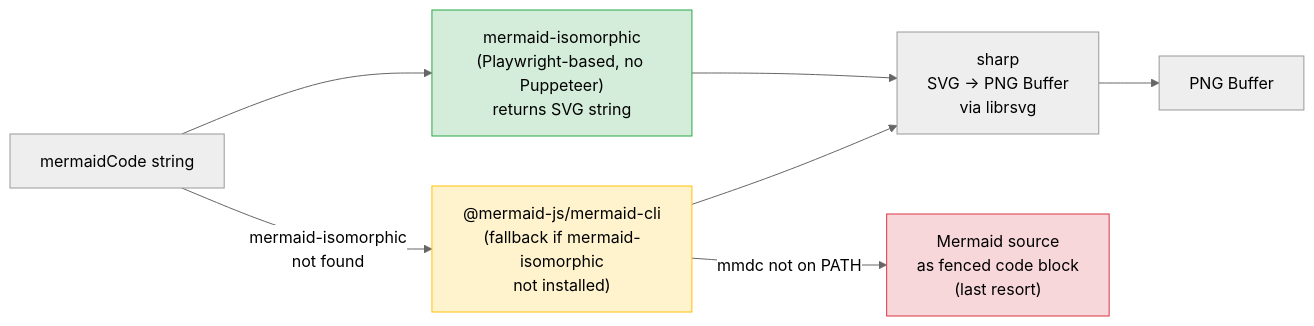
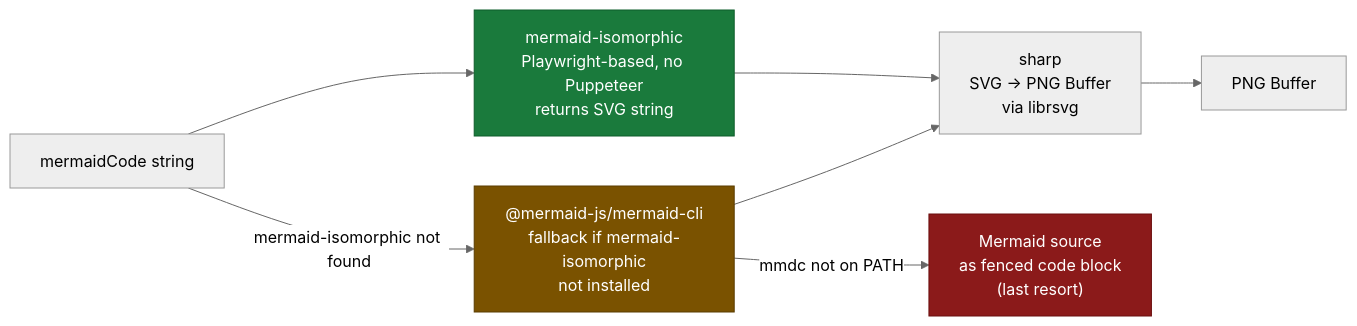
The eighth of 11 diagrams in docs/local/gsoc-proposal-visualization-v2.md (muddlebee/gemini-cli), drawn with Mermaid (neutral theme) before and after one commit. The commit also changed other lines of this file, not shown here.

Commit message:
refactor(docs): enhance Mermaid diagrams for clarity and consistency in GSoC proposal

````diff
--- a/docs/local/gsoc-proposal-visualization-v2.md
+++ b/docs/local/gsoc-proposal-visualization-v2.md
@@ -493,17 +484,17 @@
 ```mermaid
 flowchart LR
     A["mermaidCode string"]
-    B["mermaid-isomorphic\n(Playwright-based, no Puppeteer)\nreturns SVG string"]
-    C["sharp\nSVG → PNG Buffer\nvia librsvg"]
+    B["mermaid-isomorphic<br/>Playwright-based, no Puppeteer<br/>returns SVG string"]
+    C["sharp<br/>SVG → PNG Buffer<br/>via librsvg"]
     D["PNG Buffer"]
-    E["@mermaid-js/mermaid-cli\n(fallback if mermaid-isomorphic\nnot installed)"]
-    F["Mermaid source\nas fenced code block\n(last resort)"]
+    E["@mermaid-js/mermaid-cli<br/>fallback if mermaid-isomorphic<br/>not installed"]
+    F["Mermaid source<br/>as fenced code block<br/>(last resort)"]
 
     A --> B --> C --> D
-    A -- "mermaid-isomorphic\nnot found" --> E --> C
+    A -- "mermaid-isomorphic not found" --> E --> C
     E -- "mmdc not on PATH" --> F
 
-    style B fill:#d4edda,stroke:#28a745
-    style E fill:#fff3cd,stroke:#ffc107
-    style F fill:#f8d7da,stroke:#dc3545
+    style B fill:#1a7a3c,color:#ffffff,stroke:#0d5c2a
+    style E fill:#7a5200,color:#ffffff,stroke:#5a3c00
+    style F fill:#8b1a1a,color:#ffffff,stroke:#6b0f0f
 ```
````
